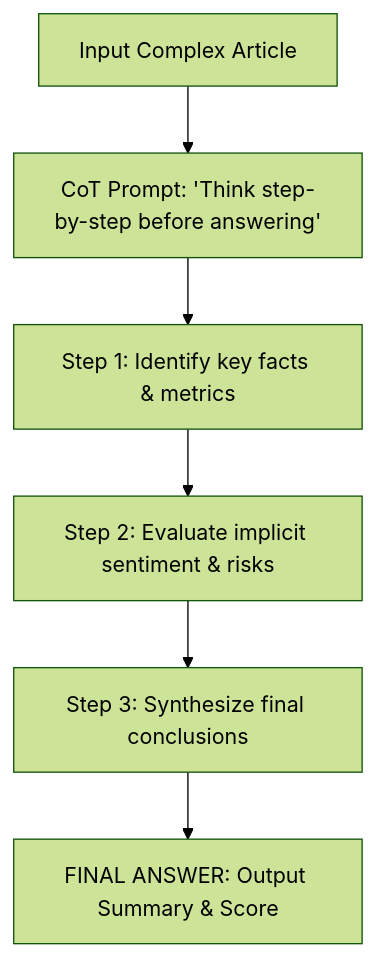
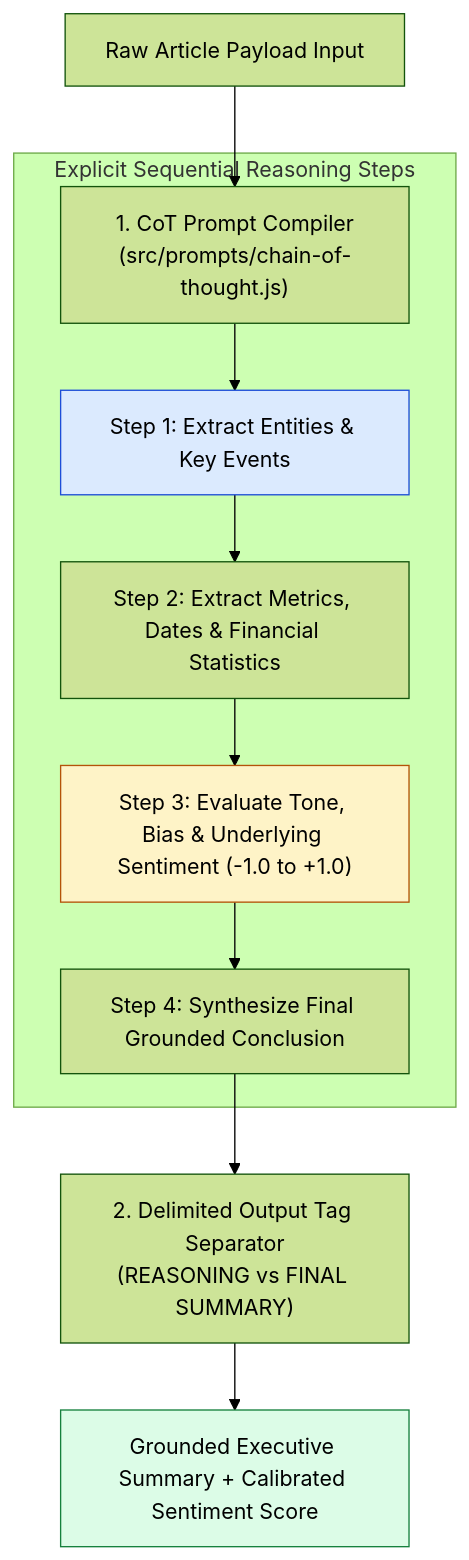
Before and after one commit to Amie-dev/engineering-playbook: the first of 3 diagrams in agentic-ai-notes/01-chai-summarizer/03-chain-of-thought.md, drawn with Mermaid (forest theme). The commit also changed other lines of this file and 9 other files, not shown here.

First line of the commit message:
Refactor and enhance documentation for multi-chain orchestration, token counting, cost tracking, and API server architecture

````diff
--- a/agentic-ai-notes/01-chai-summarizer/03-chain-of-thought.md
+++ b/agentic-ai-notes/01-chai-summarizer/03-chain-of-thought.md
@@ -10,8 +13,19 @@
 ```mermaid
 flowchart TD
-    Article[Input Complex Article] --> CoTPrompt["CoT Prompt: 'Think step-by-step before answering'"]
-    CoTPrompt --> Step1["Step 1: Identify key facts & metrics"]
-    Step1 --> Step2["Step 2: Evaluate implicit sentiment & risks"]
-    Step2 --> Step3["Step 3: Synthesize final conclusions"]
-    Step3 --> FinalAnswer["FINAL ANSWER: Output Summary & Score"]
+    RawArticle[Raw Article Payload Input] --> CoTCompiler["1. CoT Prompt Compiler<br/>(src/prompts/chain-of-thought.js)"]
+
+    subgraph Explicit Sequential Reasoning Steps
+        CoTCompiler --> Step1["Step 1: Extract Entities & Key Events"]
+        Step1 --> Step2["Step 2: Extract Metrics, Dates & Financial Statistics"]
+        Step2 --> Step3["Step 3: Evaluate Tone, Bias & Underlying Sentiment (-1.0 to +1.0)"]
+        Step3 --> Step4["Step 4: Synthesize Final Grounded Conclusion"]
+    end
+
+    Step4 --> OutputFormatter["2. Delimited Output Tag Separator<br/>(REASONING vs FINAL SUMMARY)"]
+
+    OutputFormatter --> GroundedSummary[Grounded Executive Summary + Calibrated Sentiment Score]
+
+    style Step1 fill:#dbeafe,stroke:#1d4ed8
+    style Step3 fill:#fef3c7,stroke:#b45309
+    style GroundedSummary fill:#dcfce7,stroke:#15803d
 ```
````
